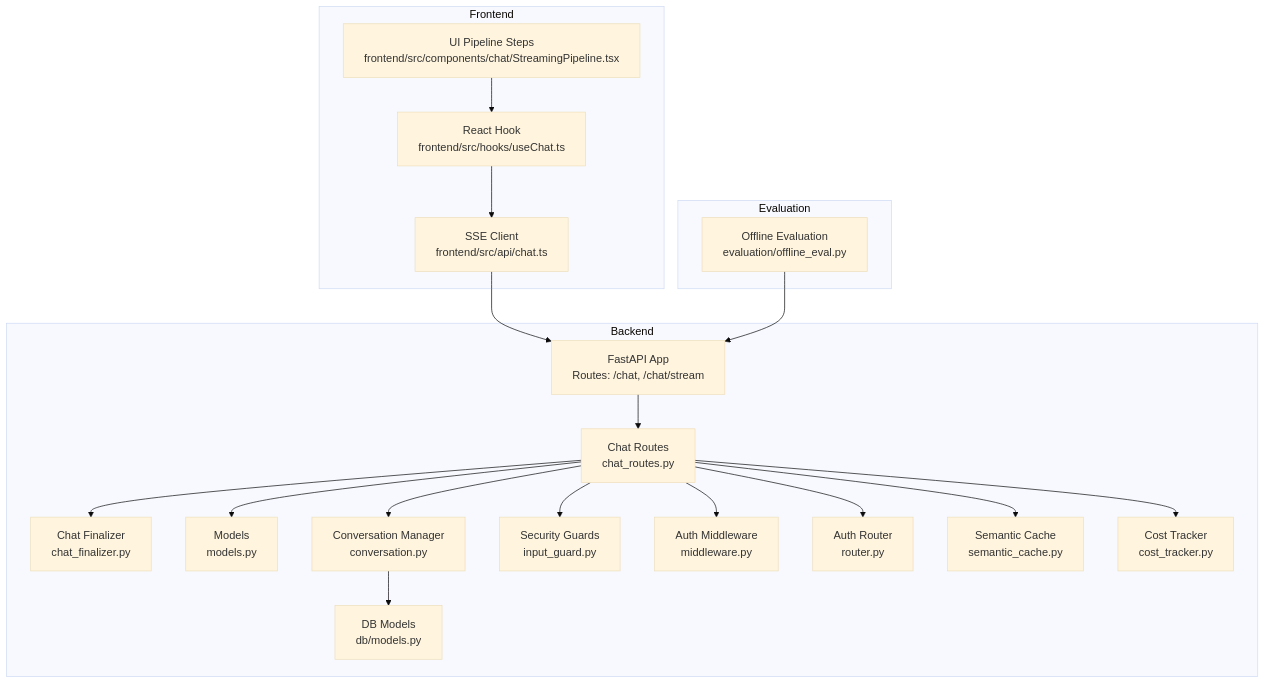
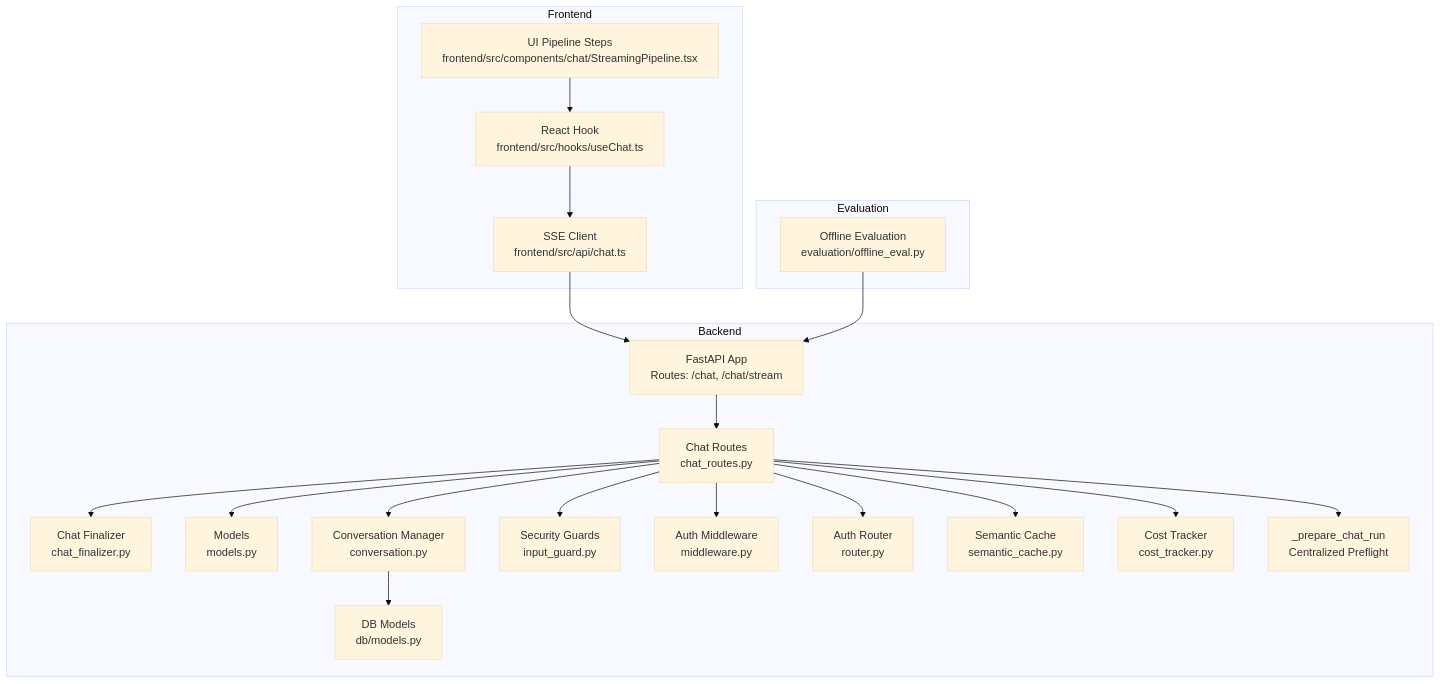
The first of 7 diagrams in .qoder/repowiki/en/content/Backend Development/API Endpoints/Chat Endpoints.md (genes8/private-ai), drawn with Mermaid (base theme) before and after one commit. The commit also changed other lines of this file and 101 other files, not shown here.

````diff
--- a/.qoder/repowiki/en/content/Backend Development/API Endpoints/Chat Endpoints.md
+++ b/.qoder/repowiki/en/content/Backend Development/API Endpoints/Chat Endpoints.md
@@ -57,38 +57,40 @@
 ```mermaid
 graph TB
 subgraph "Backend"
 A["FastAPI App<br/>Routes: /chat, /chat/stream"]
 B["Chat Routes<br/>chat_routes.py"]
 C["Chat Finalizer<br/>chat_finalizer.py"]
 D["Models<br/>models.py"]
 E["Conversation Manager<br/>conversation.py"]
 F["Security Guards<br/>input_guard.py"]
 G["Auth Middleware<br/>middleware.py"]
 H["Auth Router<br/>router.py"]
 I["Semantic Cache<br/>semantic_cache.py"]
 J["DB Models<br/>db/models.py"]
 K["Cost Tracker<br/>cost_tracker.py"]
+L["_prepare_chat_run<br/>Centralized Preflight"]
 end
 subgraph "Frontend"
-L["SSE Client<br/>frontend/src/api/chat.ts"]
-M["React Hook<br/>frontend/src/hooks/useChat.ts"]
-N["UI Pipeline Steps<br/>frontend/src/components/chat/StreamingPipeline.tsx"]
+M["SSE Client<br/>frontend/src/api/chat.ts"]
+N["React Hook<br/>frontend/src/hooks/useChat.ts"]
+O["UI Pipeline Steps<br/>frontend/src/components/chat/StreamingPipeline.tsx"]
 end
 subgraph "Evaluation"
-O["Offline Evaluation<br/>evaluation/offline_eval.py"]
+P["Offline Evaluation<br/>evaluation/offline_eval.py"]
 end
-L --> A
-M --> L
+M --> A
 N --> M
-O --> A
+O --> N
+P --> A
 A --> B
+B --> L
 B --> C
 B --> D
 B --> E
 B --> F
 B --> G
 B --> H
 B --> I
 B --> K
 E --> J
 ```
````
